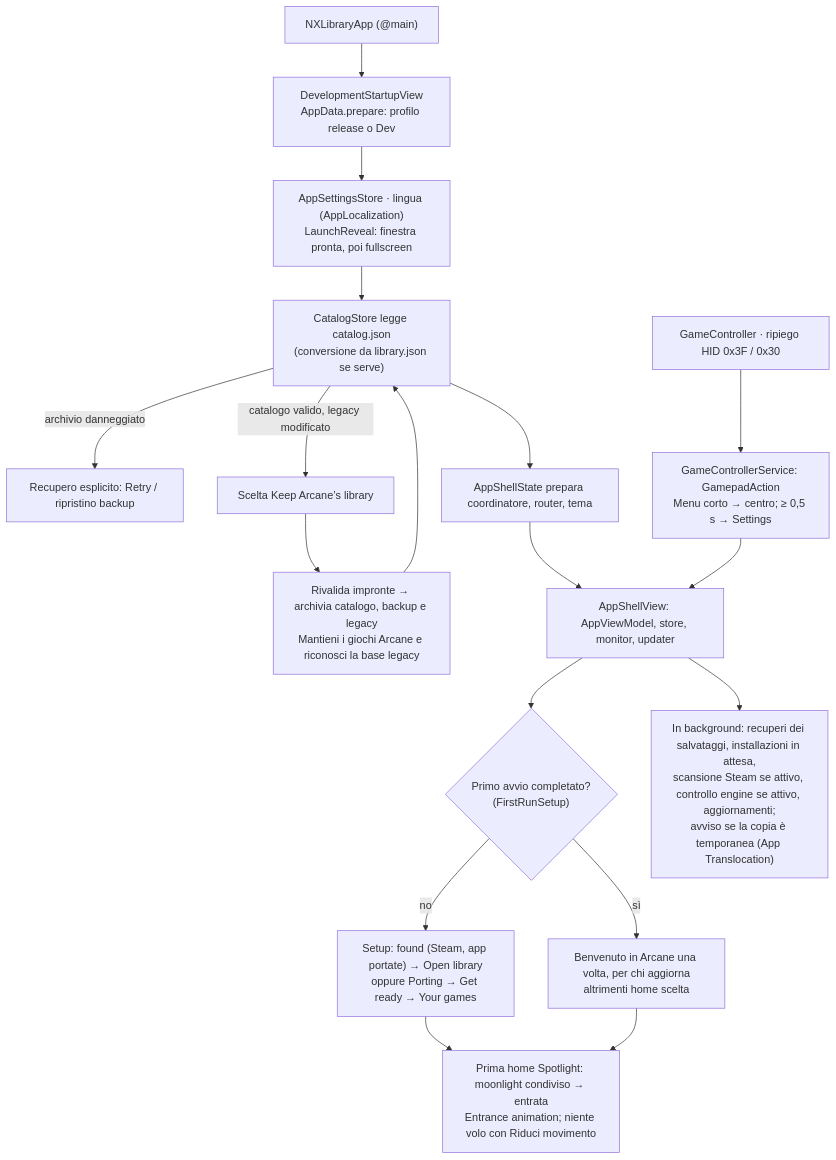
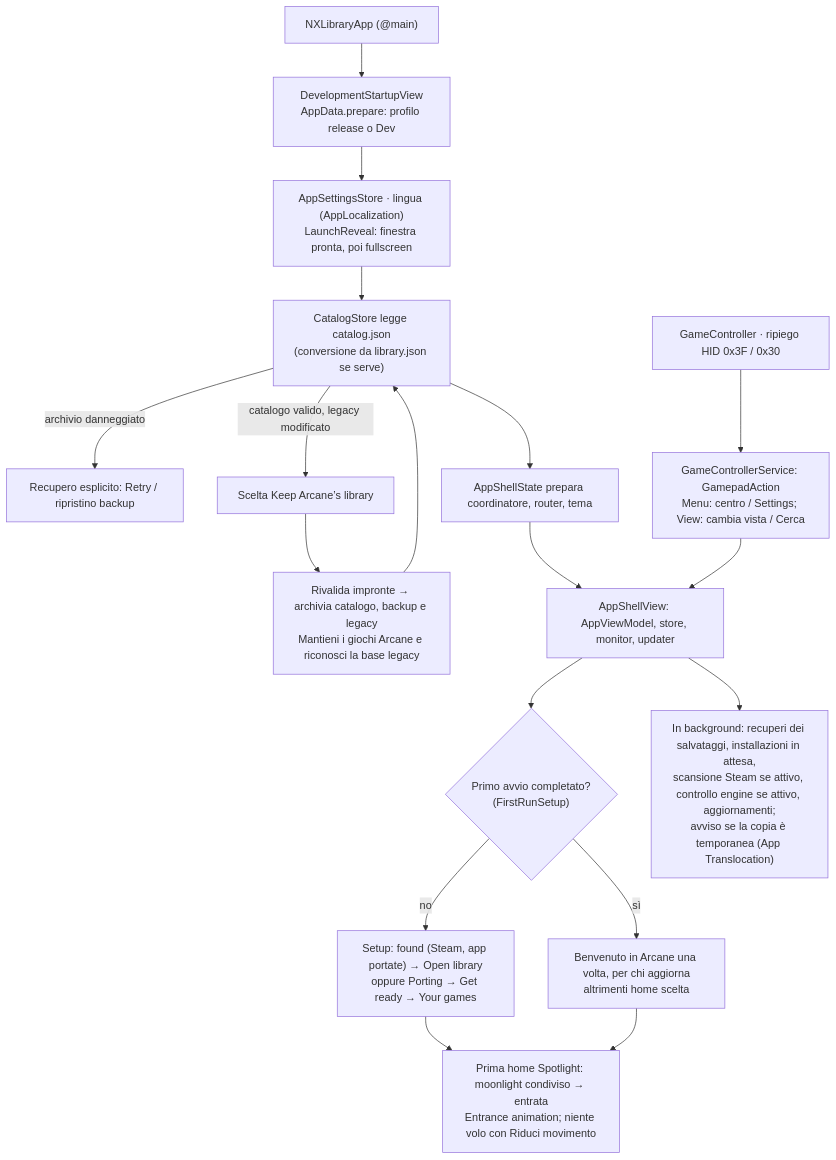
One commit to sofianbll/NxLibrary changed the first of 9 diagrams in docs/how-it-works/flows.md. Above: the diagram before and after it, drawn with Mermaid. The commit also changed 17 other files, not shown here.

````diff
--- a/docs/how-it-works/flows.md
+++ b/docs/how-it-works/flows.md
@@ -17,20 +17,20 @@
 ```mermaid
 flowchart TD
     A["NXLibraryApp (@main)"] --> B["DevelopmentStartupView<br/>AppData.prepare: profilo release o Dev"]
     B --> C["AppSettingsStore · lingua (AppLocalization)<br/>LaunchReveal: finestra pronta, poi fullscreen"]
     C --> D["CatalogStore legge catalog.json<br/>(conversione da library.json se serve)"]
     D -->|"archivio danneggiato"| R["Recupero esplicito: Retry / ripristino backup"]
     D -->|"catalogo valido, legacy modificato"| L["Scelta Keep Arcane’s library"]
     L --> LA["Rivalida impronte → archivia catalogo, backup e legacy<br/>Mantieni i giochi Arcane e riconosci la base legacy"]
     LA --> D
     D --> E["AppShellState prepara coordinatore, router, tema"]
     E --> F["AppShellView: AppViewModel, store, monitor, updater"]
     F --> G{"Primo avvio completato?<br/>(FirstRunSetup)"}
     G -->|"no"| H["Setup: found (Steam, app portate) → Open library<br/>oppure Porting → Get ready → Your games"]
     G -->|"sì"| I["Benvenuto in Arcane una volta, per chi aggiorna<br/>altrimenti home scelta"]
     H --> K["Prima home Spotlight: moonlight condiviso → entrata<br/>Entrance animation; niente volo con Riduci movimento"]
     I --> K
     F --> J["In background: recuperi dei salvataggi, installazioni in attesa,<br/>scansione Steam se attivo, controllo engine se attivo, aggiornamenti;<br/>avviso se la copia è temporanea (App Translocation)"]
-    P["GameController · ripiego HID 0x3F / 0x30"] --> Q["GameControllerService: GamepadAction<br/>Menu corto → centro; ≥ 0,5 s → Settings"]
+    P["GameController · ripiego HID 0x3F / 0x30"] --> Q["GameControllerService: GamepadAction<br/>Menu: centro / Settings; View: cambia vista / Cerca"]
     Q --> F
 ```
````
